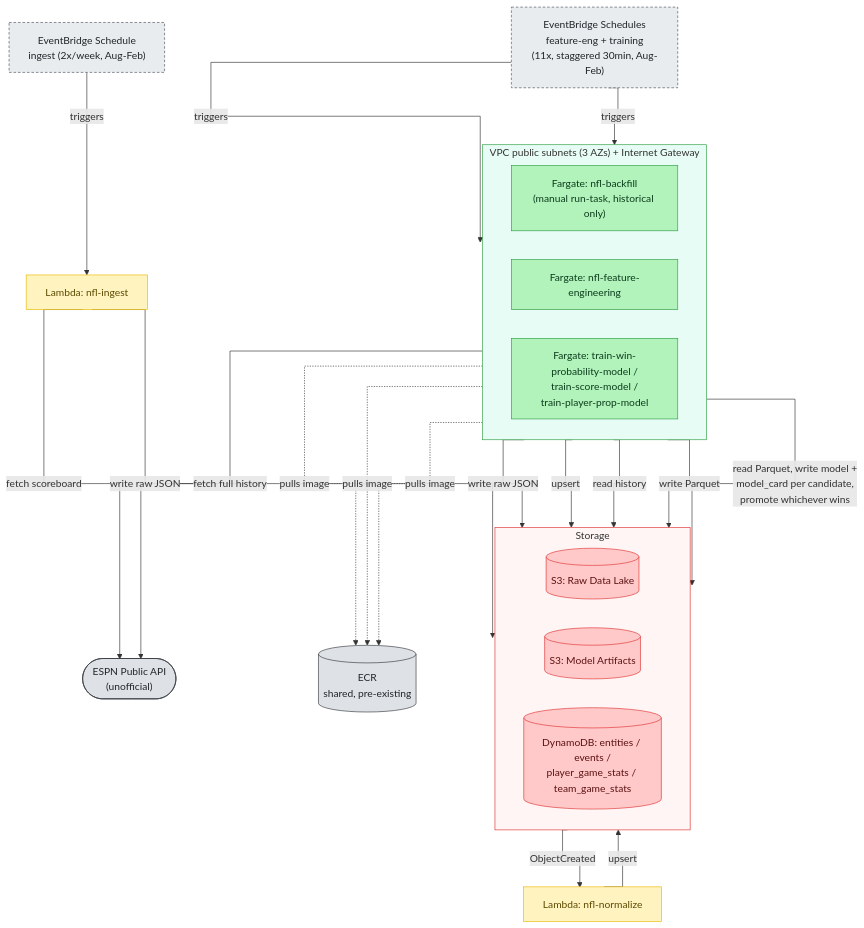
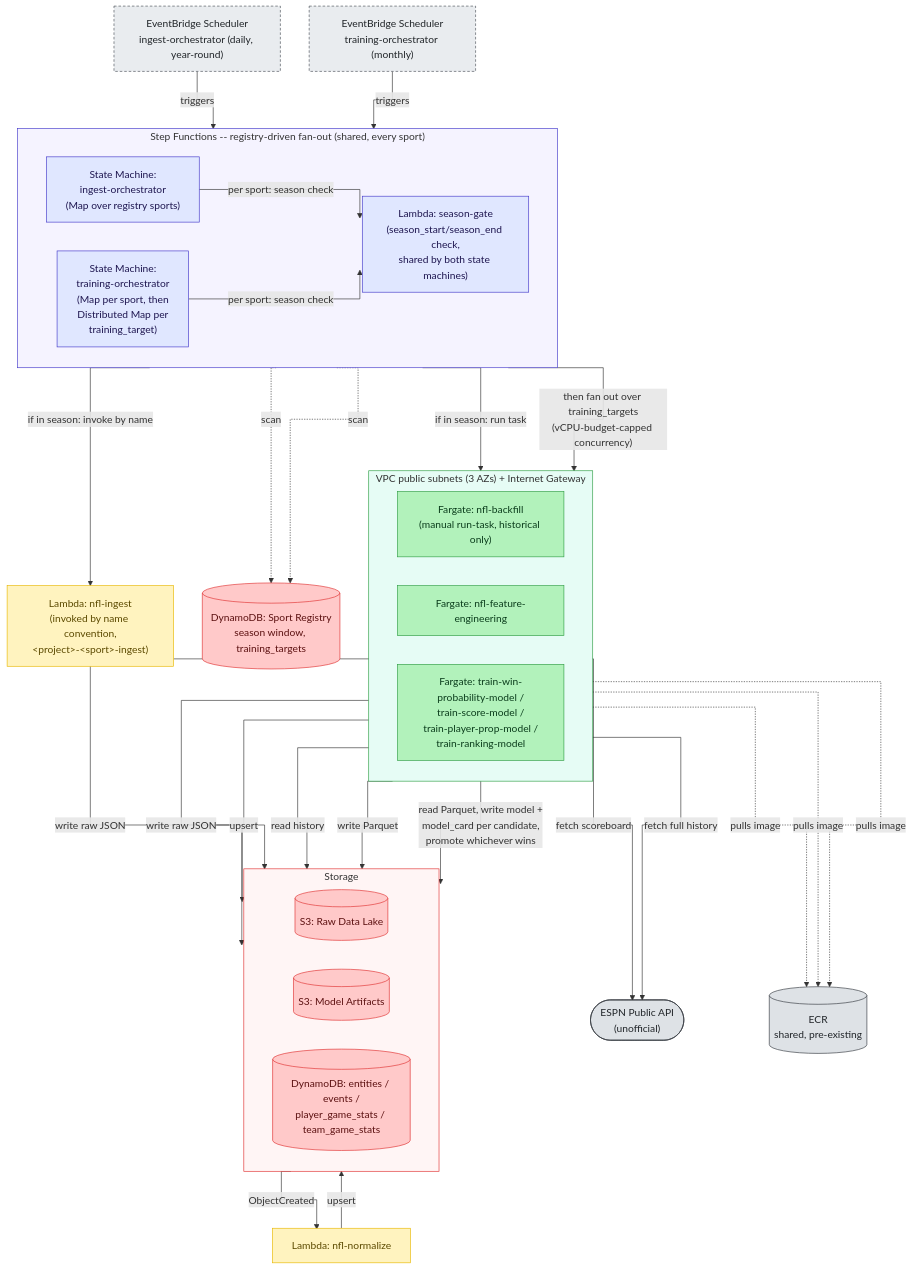
The diagram in design/AWS_ARCHITECTURE_PIPELINE.mmd (Programming-For-the-Community/sports-predictor), drawn with Mermaid before and after one commit. The commit also changed 11 other files, not shown here.

```diff
--- a/design/AWS_ARCHITECTURE_PIPELINE.mmd
+++ b/design/AWS_ARCHITECTURE_PIPELINE.mmd
@@ -1,69 +1,90 @@
 %%{init: {'flowchart': {'curve': 'stepAfter', 'nodeSpacing': 45, 'rankSpacing': 65}}}%%
-%% sports-predictor -- scheduled data pipeline (NFL, Phase 1): ingestion,
-%% one-time historical backfill, and scheduled training. Companion diagram
+%% sports-predictor -- scheduled data pipeline (NFL, Phase 1 adapter shown;
+%% ingest/training ORCHESTRATION itself is shared/registry-driven across
+%% every onboarded sport as of Phase 4, pulled forward ahead of Phase 2/3 --
+%% see design/PROJECT_PLAN.md's Phase 4 section and sfn-ingest-orchestrator.tf
+%% / sfn-training-orchestrator.tf). Companion diagram
 %% design/AWS_ARCHITECTURE.mmd covers the client request path. See
 %% docs/AWS_ARCHITECTURE.md for the full walkthrough and legend -- this
 %% file is the single source of truth for this diagram; the doc links here
 %% and embeds a generated image rather than duplicating this source
 %% (regenerate the image after editing this file -- see the doc's own
 %% comment for the exact command).
 %% Solid arrows = data flow / invocation. Dotted arrows = supporting,
-%% non-data-flow dependency (container image pull).
+%% non-data-flow dependency (container image pull, registry read).
 flowchart TD
-    SCHIN["EventBridge Schedule<br/>ingest (2x/week, Aug-Feb)"]
-    INGEST["Lambda: nfl-ingest"]
+    SCHIN["EventBridge Scheduler<br/>ingest-orchestrator (daily, year-round)"]
+    SCHTRAIN["EventBridge Scheduler<br/>training-orchestrator (monthly)"]
+    REG[("DynamoDB: Sport Registry<br/>season window, training_targets")]
+
+    subgraph SFNBox["Step Functions -- registry-driven fan-out (shared, every sport)"]
+        direction LR
+        SFNINGEST["State Machine:<br/>ingest-orchestrator<br/>(Map over registry sports)"]
+        SFNTRAIN["State Machine:<br/>training-orchestrator<br/>(Map per sport, then<br/>Distributed Map per<br/>training_target)"]
+        SEASONGATE["Lambda: season-gate<br/>(season_start/season_end check,<br/>shared by both state machines)"]
+    end
+
+    INGEST["Lambda: nfl-ingest<br/>(invoked by name convention,<br/>&lt;project&gt;-&lt;sport&gt;-ingest)"]
     NORMALIZE["Lambda: nfl-normalize"]
-    SCHTRAIN["EventBridge Schedules<br/>feature-eng + training<br/>(11x, staggered 30min, Aug-Feb)"]
     ESPN(["ESPN Public API<br/>(unofficial)"])
     ECR[("ECR<br/>shared, pre-existing")]
 
     subgraph PubSub["VPC public subnets (3 AZs) + Internet Gateway"]
         direction LR
         BACKFILL["Fargate: nfl-backfill<br/>(manual run-task, historical only)"]
         FEAT["Fargate: nfl-feature-engineering"]
-        TRAIN["Fargate: train-win-probability-model /<br/>train-score-model /<br/>train-player-prop-model"]
+        TRAIN["Fargate: train-win-probability-model /<br/>train-score-model /<br/>train-player-prop-model /<br/>train-ranking-model"]
     end
 
     subgraph StorageBox["Storage"]
         direction LR
         S3RAW[("S3: Raw Data Lake")]
         S3MODEL[("S3: Model Artifacts")]
         DDBCORE[("DynamoDB: entities / events /<br/>player_game_stats / team_game_stats")]
     end
 
-    %% ---- Scheduled ingestion ----
-    SCHIN -->|"triggers"| INGEST
+    %% ---- Scheduled ingestion, registry-driven ----
+    SCHIN -->|"triggers"| SFNINGEST
+    SFNINGEST -.->|"scan"| REG
+    SFNINGEST -->|"per sport: season check"| SEASONGATE
+    SFNINGEST -->|"if in season: invoke by name"| INGEST
     INGEST -->|"fetch scoreboard"| ESPN
     INGEST -->|"write raw JSON"| S3RAW
     S3RAW -->|"ObjectCreated"| NORMALIZE
     NORMALIZE -->|"upsert"| DDBCORE
 
-    %% ---- One-time historical backfill ----
+    %% ---- One-time historical backfill (unchanged, still manual) ----
     BACKFILL -->|"fetch full history"| ESPN
     BACKFILL -->|"write raw JSON"| S3RAW
     BACKFILL -->|"upsert"| DDBCORE
     BACKFILL -.->|"pulls image"| ECR
 
-    %% ---- Scheduled training ----
-    SCHTRAIN -->|"triggers"| FEAT
+    %% ---- Scheduled training, registry-driven ----
+    SCHTRAIN -->|"triggers"| SFNTRAIN
+    SFNTRAIN -.->|"scan"| REG
+    SFNTRAIN -->|"per sport: season check"| SEASONGATE
+    SFNTRAIN -->|"if in season: run task"| FEAT
     FEAT -->|"read history"| DDBCORE
     FEAT -->|"write Parquet"| S3MODEL
-    SCHTRAIN -->|"triggers"| TRAIN
+    SFNTRAIN -->|"then fan out over training_targets<br/>(vCPU-budget-capped concurrency)"| TRAIN
     TRAIN -->|"read Parquet, write model +<br/>model_card per candidate,<br/>promote whichever wins"| S3MODEL
     FEAT -.->|"pulls image"| ECR
     TRAIN -.->|"pulls image"| ECR
 
     classDef pipelineCompute fill:#fff3bf,stroke:#e8b800,color:#5c4a00;
     classDef fargateCompute fill:#b2f2bb,stroke:#2f9e44,color:#0b3d1c;
     classDef storage fill:#ffc9c9,stroke:#e03131,color:#5c1111;
     classDef schedule fill:#e9ecef,stroke:#495057,color:#212529,stroke-dasharray: 4 3;
     classDef external fill:#dee2e6,stroke:#343a40,color:#212529;
+    classDef orchestration fill:#e0e7ff,stroke:#4338ca,color:#1e1650;
 
     class ESPN,ECR external;
     class INGEST,NORMALIZE pipelineCompute;
     class BACKFILL,FEAT,TRAIN fargateCompute;
-    class S3RAW,S3MODEL,DDBCORE storage;
+    class S3RAW,S3MODEL,DDBCORE,REG storage;
     class SCHIN,SCHTRAIN schedule;
+    class SFNINGEST,SFNTRAIN,SEASONGATE orchestration;
 
     style PubSub fill:#e6fcf5,stroke:#2f9e44
     style StorageBox fill:#fff5f5,stroke:#e03131
+    style SFNBox fill:#f5f3ff,stroke:#4338ca
```
